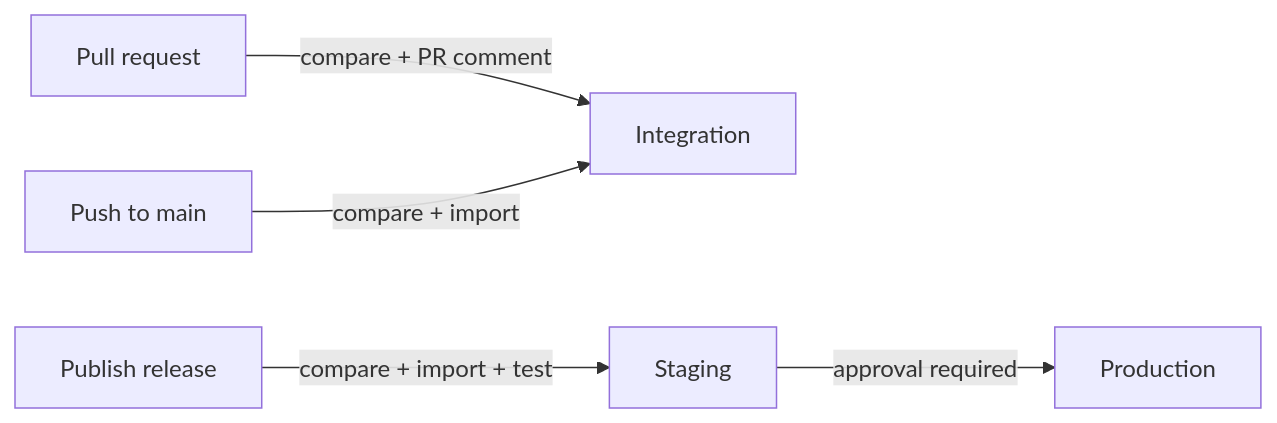
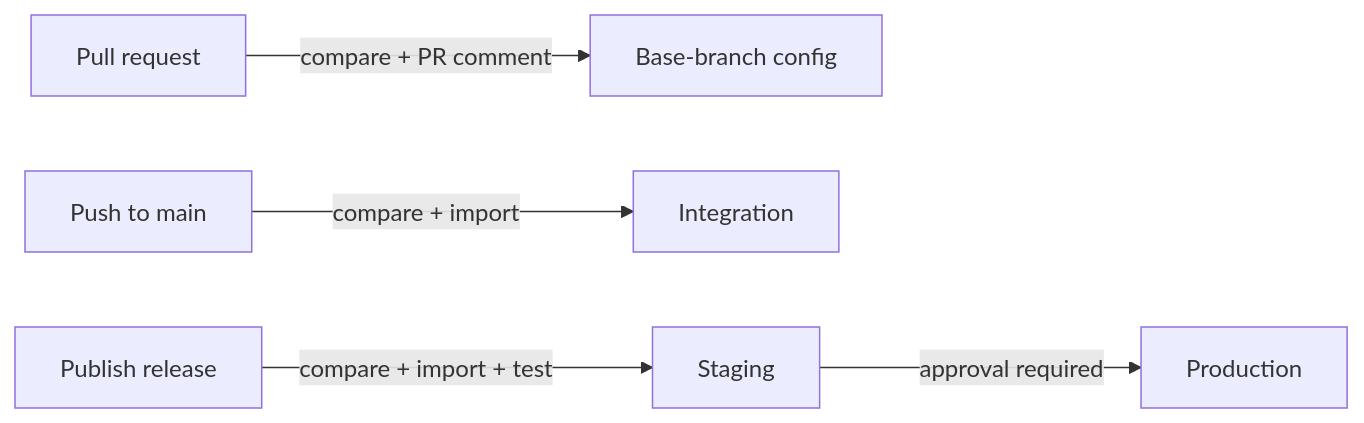
Before and after one commit to port-experimental/port-out-of-the-box: the diagram in reference-architecture/port-resource-promotion/port-cli/README.md, drawn with Mermaid. The commit also changed other lines of this file and 3 other files, not shown here.

````diff
--- a/reference-architecture/port-resource-promotion/port-cli/README.md
+++ b/reference-architecture/port-resource-promotion/port-cli/README.md
@@ -11,7 +11,7 @@
 ```mermaid
 flowchart LR
-    PR["Pull request"] -->|compare + PR comment| INT["Integration"]
-    Main["Push to main"] -->|compare + import| INT
+    PR["Pull request"] -->|compare + PR comment| Base["Base-branch config"]
+    Main["Push to main"] -->|compare + import| INT["Integration"]
     Release["Publish release"] -->|compare + import + test| STG["Staging"]
     STG -->|approval required| PRD["Production"]
 ```
````
